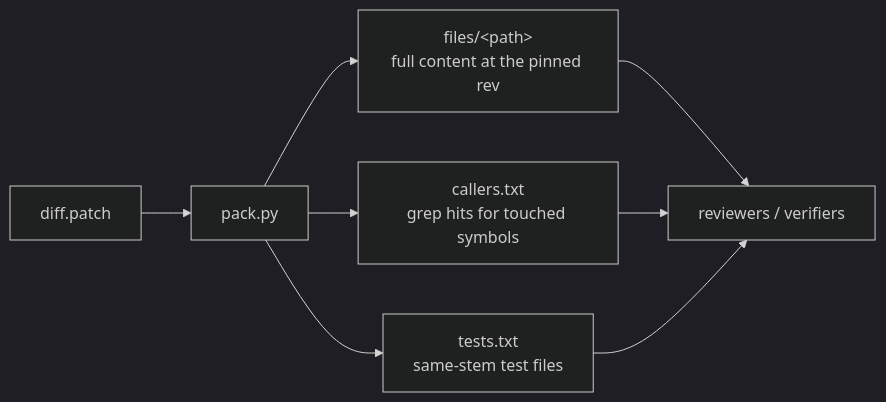
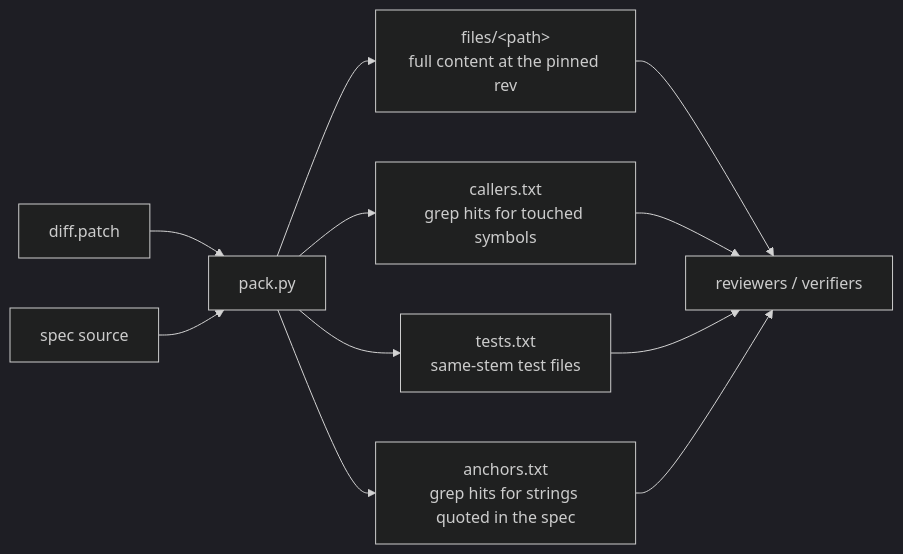
The second of 3 diagrams in docs/review-changes.md (jimmy-guzman/skills), drawn with Mermaid (dark theme) before and after one commit. The commit also changed other lines of this file and 6 other files, not shown here.

First line of the commit message:
feat(review-changes): ✨ add anchors.txt for Spec

````diff
--- a/docs/review-changes.md
+++ b/docs/review-changes.md
@@ -46,10 +46,13 @@
 ```mermaid
 flowchart LR
     D[diff.patch] --> P[pack.py]
+    S[spec source] --> P
     P --> F["files/&lt;path&gt;<br/>full content at the pinned rev"]
     P --> C["callers.txt<br/>grep hits for touched symbols"]
     P --> T["tests.txt<br/>same-stem test files"]
+    P --> A["anchors.txt<br/>grep hits for strings quoted in the spec"]
     F --> R[reviewers / verifiers]
     C --> R
     T --> R
+    A --> R
 ```
````
